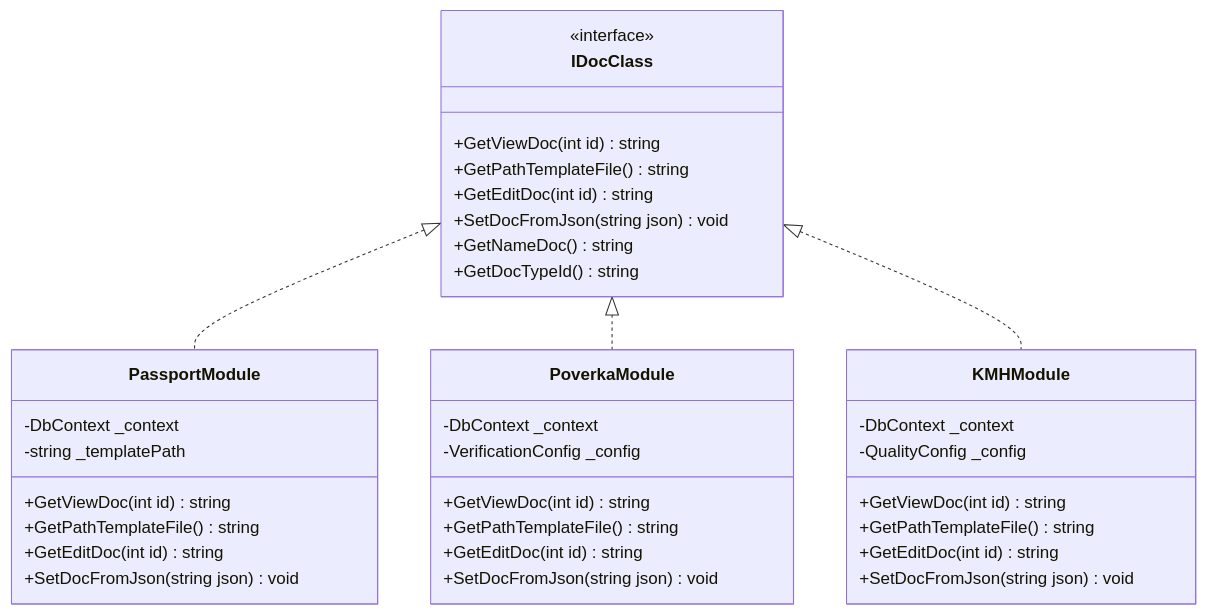
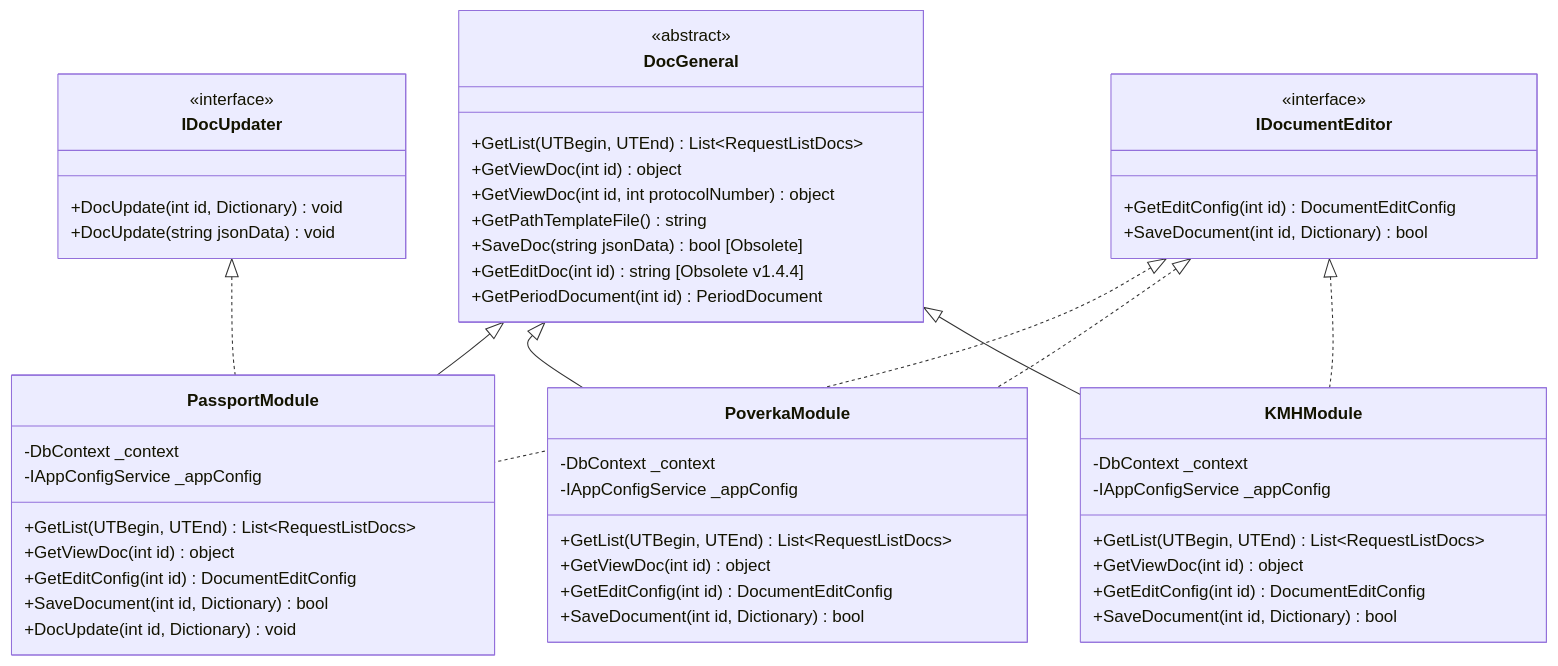
Before and after one commit to tn-ivk/tn-doc: the second of 10 diagrams in docs/architecture/document-modules.md, drawn with Mermaid. The commit also changed other lines of this file and 6 other files, not shown here.

````diff
--- a/docs/architecture/document-modules.md
+++ b/docs/architecture/document-modules.md
@@ -26,43 +55,61 @@
 ```mermaid
 classDiagram
-    class IDocClass {
+    class DocGeneral {
+        <<abstract>>
+        +GetList(UTBegin, UTEnd) List~RequestListDocs~
+        +GetViewDoc(int id) object
+        +GetViewDoc(int id, int protocolNumber) object
+        +GetPathTemplateFile() string
+        +SaveDoc(string jsonData) bool [Obsolete]
+        +GetEditDoc(int id) string [Obsolete v1.4.4]
+        +GetPeriodDocument(int id) PeriodDocument
+    }
+
+    class IDocumentEditor {
         <<interface>>
-        +GetViewDoc(int id) string
-        +GetPathTemplateFile() string
-        +GetEditDoc(int id) string
-        +SetDocFromJson(string json) void
-        +GetNameDoc() string
-        +GetDocTypeId() string
+        +GetEditConfig(int id) DocumentEditConfig
+        +SaveDocument(int id, Dictionary) bool
+    }
+
+    class IDocUpdater {
+        <<interface>>
+        +DocUpdate(int id, Dictionary) void
+        +DocUpdate(string jsonData) void
     }
 
     class PassportModule {
         -DbContext _context
-        -string _templatePath
-        +GetViewDoc(int id) string
-        +GetPathTemplateFile() string
-        +GetEditDoc(int id) string
-        +SetDocFromJson(string json) void
+        -IAppConfigService _appConfig
+        +GetList(UTBegin, UTEnd) List~RequestListDocs~
+        +GetViewDoc(int id) object
+        +GetEditConfig(int id) DocumentEditConfig
+        +SaveDocument(int id, Dictionary) bool
+        +DocUpdate(int id, Dictionary) void
     }
 
     class PoverkaModule {
         -DbContext _context
-        -VerificationConfig _config
-        +GetViewDoc(int id) string
-        +GetPathTemplateFile() string
-        +GetEditDoc(int id) string
-        +SetDocFromJson(string json) void
+        -IAppConfigService _appConfig
+        +GetList(UTBegin, UTEnd) List~RequestListDocs~
+        +GetViewDoc(int id) object
+        +GetEditConfig(int id) DocumentEditConfig
+        +SaveDocument(int id, Dictionary) bool
     }
 
     class KMHModule {
         -DbContext _context
-        -QualityConfig _config
-        +GetViewDoc(int id) string
-        +GetPathTemplateFile() string
-        +GetEditDoc(int id) string
-        +SetDocFromJson(string json) void
+        -IAppConfigService _appConfig
+        +GetList(UTBegin, UTEnd) List~RequestListDocs~
+        +GetViewDoc(int id) object
+        +GetEditConfig(int id) DocumentEditConfig
+        +SaveDocument(int id, Dictionary) bool
     }
 
-    IDocClass <|.. PassportModule
-    IDocClass <|.. PoverkaModule
-    IDocClass <|.. KMHModule
+    DocGeneral <|-- PassportModule
+    DocGeneral <|-- PoverkaModule
+    DocGeneral <|-- KMHModule
+    IDocumentEditor <|.. PassportModule
+    IDocumentEditor <|.. PoverkaModule
+    IDocumentEditor <|.. KMHModule
+    IDocUpdater <|.. PassportModule
 ```
````
